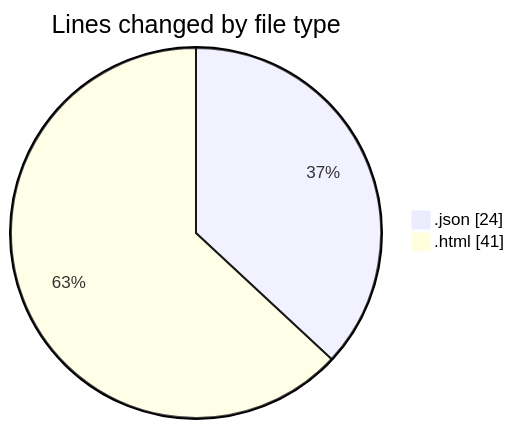
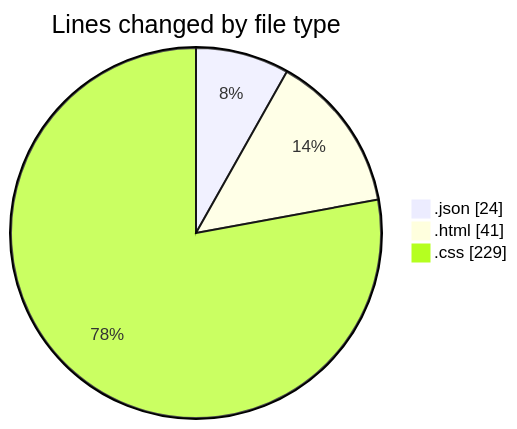
Before and after one commit to nxtqubesakshisongat/code-tracking: the first of 2 diagrams in 2025-09-06/cashcalculator/README.md, drawn with Mermaid. The commit also changed other lines of this file and 1 other file, not shown here.

````diff
--- a/2025-09-06/cashcalculator/README.md
+++ b/2025-09-06/cashcalculator/README.md
@@ -21,6 +22,7 @@
 ```mermaid
 pie showData
 title Lines changed by file type
 ".json" : 24
 ".html" : 41
+".css" : 229
 ```
````
